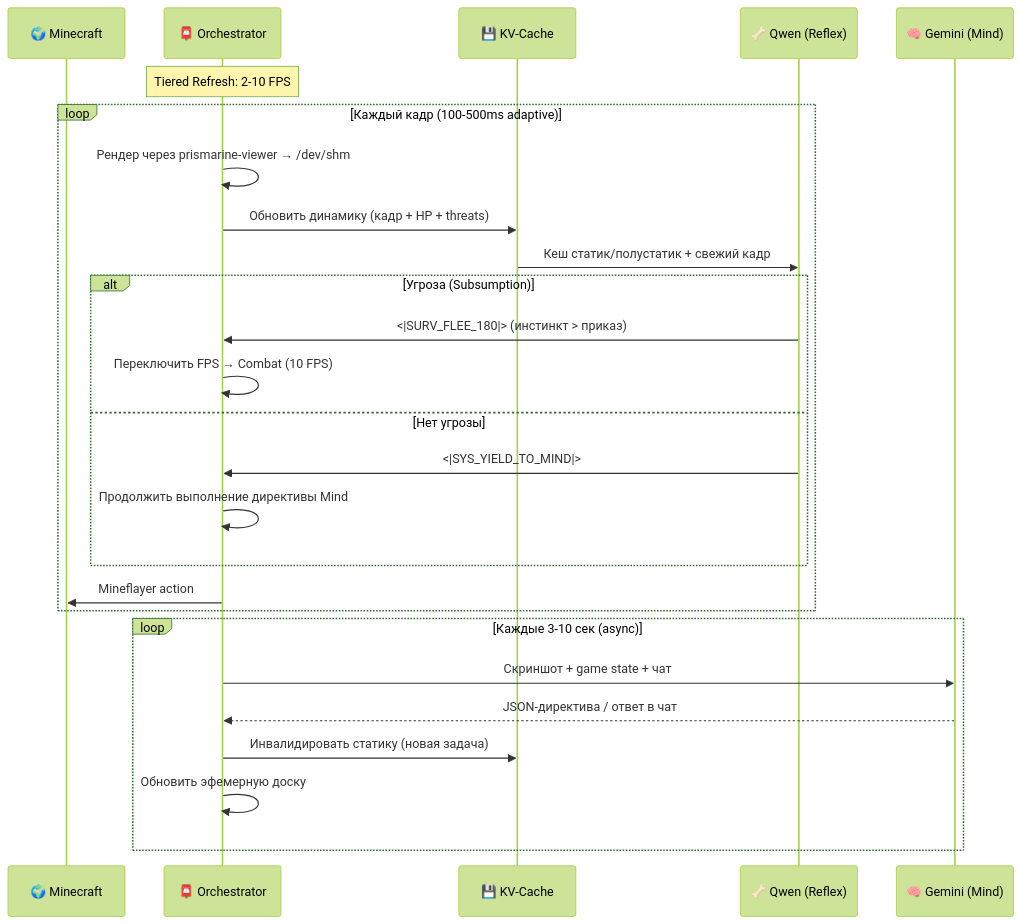
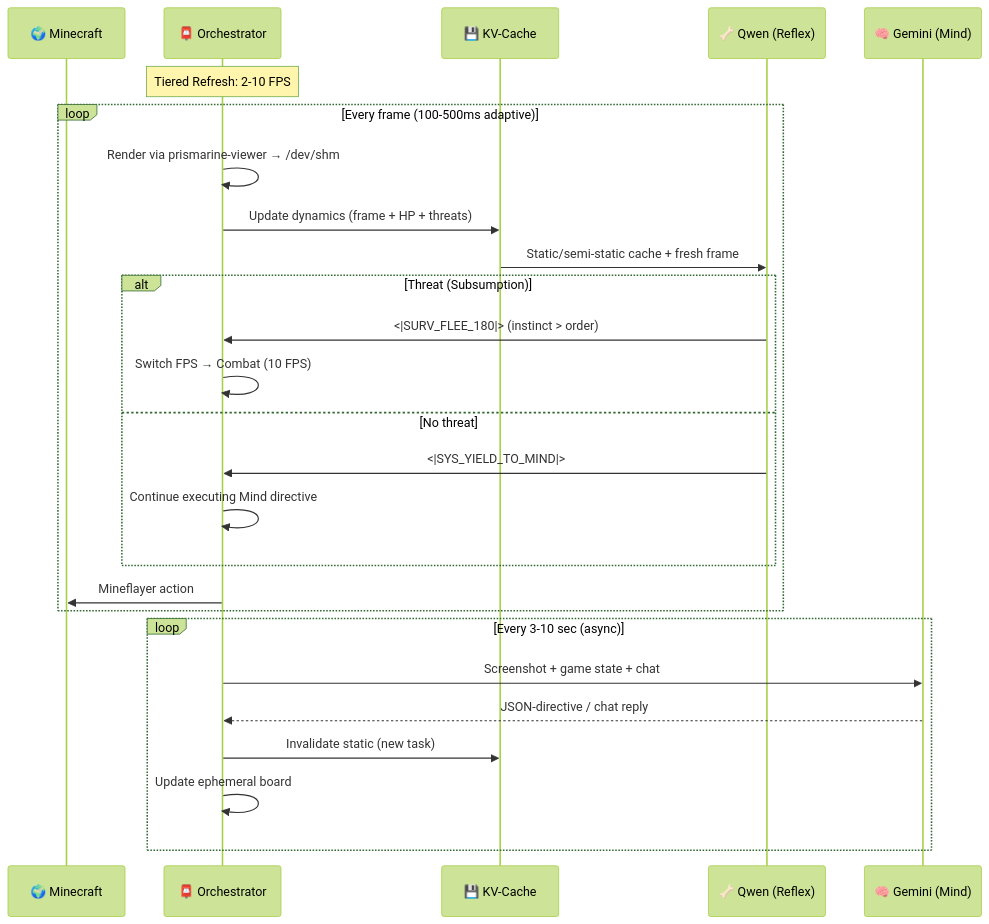
Before and after one commit to celestislab/Clotho: the second of 2 diagrams in docs/architecture.md, drawn with Mermaid (forest theme). The commit also changed other lines of this file and 5 other files, not shown here.

````diff
--- a/docs/architecture.md
+++ b/docs/architecture.md
@@ -545,31 +545,31 @@
 ```mermaid
 sequenceDiagram
     participant W as 🌍 Minecraft
     participant O as 📮 Orchestrator
     participant KV as 💾 KV-Cache
     participant Q as 🦴 Qwen (Reflex)
     participant G as 🧠 Gemini (Mind)
 
     Note over O: Tiered Refresh: 2-10 FPS
 
-    loop Каждый кадр (100-500ms adaptive)
-        O->>O: Рендер через prismarine-viewer → /dev/shm
-        O->>KV: Обновить динамику (кадр + HP + threats)
-        KV->>Q: Кеш статик/полустатик + свежий кадр
-        alt Угроза (Subsumption)
-            Q->>O: <|SURV_FLEE_180|> (инстинкт > приказ)
-            O->>O: Переключить FPS → Combat (10 FPS)
-        else Нет угрозы
+    loop Every frame (100-500ms adaptive)
+        O->>O: Render via prismarine-viewer → /dev/shm
+        O->>KV: Update dynamics (frame + HP + threats)
+        KV->>Q: Static/semi-static cache + fresh frame
+        alt Threat (Subsumption)
+            Q->>O: <|SURV_FLEE_180|> (instinct > order)
+            O->>O: Switch FPS → Combat (10 FPS)
+        else No threat
             Q->>O: <|SYS_YIELD_TO_MIND|>
-            O->>O: Продолжить выполнение директивы Mind
+            O->>O: Continue executing Mind directive
         end
         O->>W: Mineflayer action
     end
 
-    loop Каждые 3-10 сек (async)
-        O->>G: Скриншот + game state + чат
-        G-->>O: JSON-директива / ответ в чат
-        O->>KV: Инвалидировать статику (новая задача)
-        O->>O: Обновить эфемерную доску
+    loop Every 3-10 sec (async)
+        O->>G: Screenshot + game state + chat
+        G-->>O: JSON-directive / chat reply
+        O->>KV: Invalidate static (new task)
+        O->>O: Update ephemeral board
     end
 ```
````
